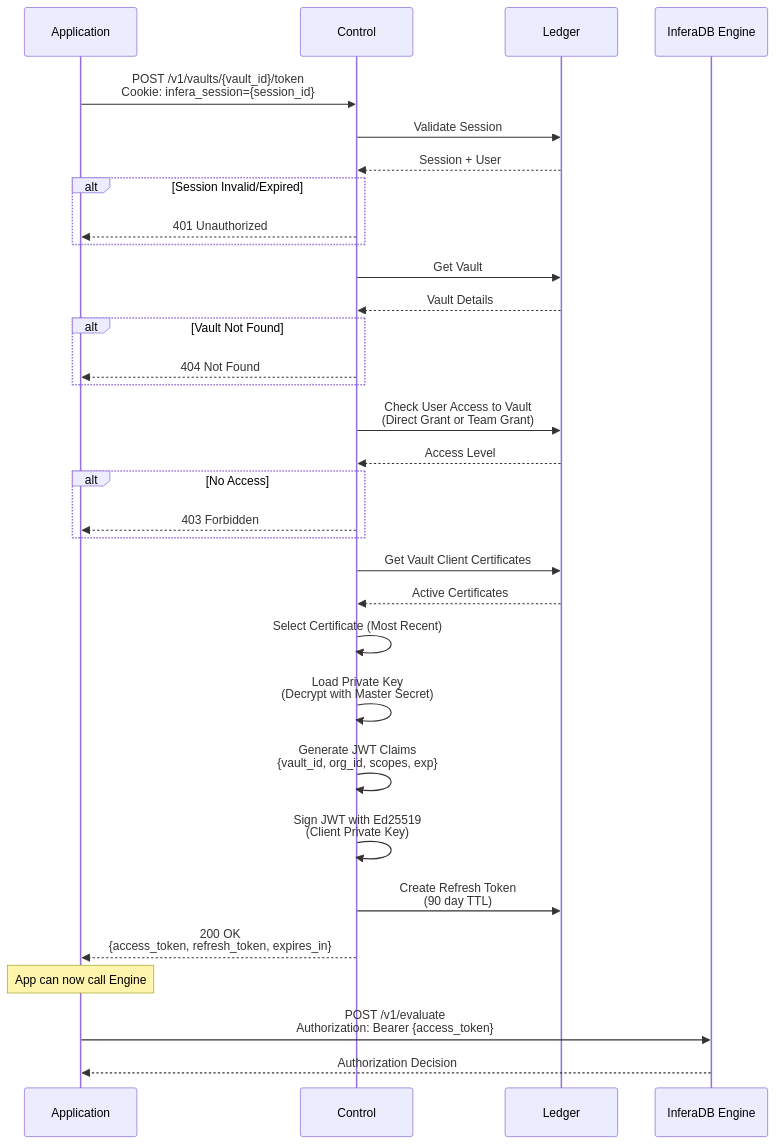
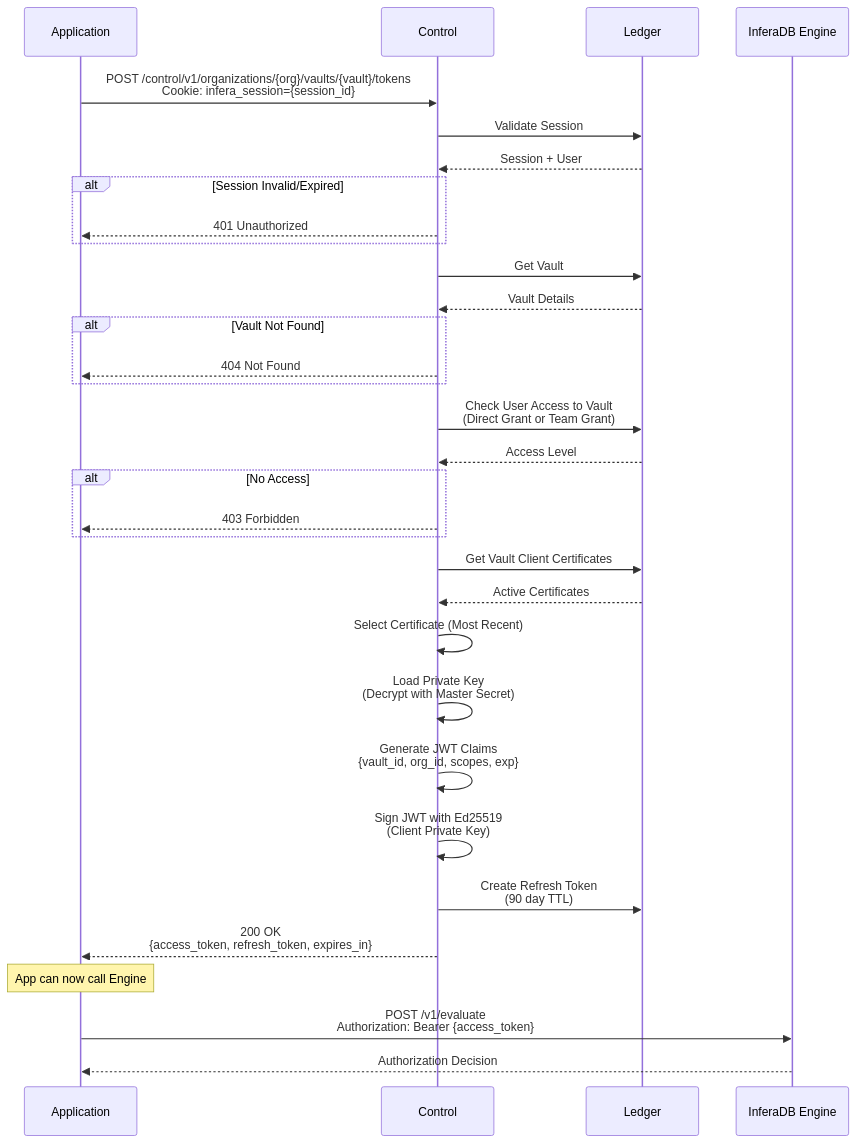
The third of 14 diagrams in docs/flows.md (inferadb/control), drawn with Mermaid before and after one commit. The commit also changed other lines of this file and 49 other files, not shown here.

````diff
--- a/docs/flows.md
+++ b/docs/flows.md
@@ -92,47 +92,47 @@
 ```mermaid
 sequenceDiagram
     participant App as Application
     participant API as Control
     participant DB as Ledger
     participant Engine as InferaDB Engine
 
-    App->>API: POST /v1/vaults/{vault_id}/token<br/>Cookie: infera_session={session_id}
+    App->>API: POST /control/v1/organizations/{org}/vaults/{vault}/tokens<br/>Cookie: infera_session={session_id}
 
     API->>DB: Validate Session
     DB-->>API: Session + User
 
     alt Session Invalid/Expired
         API-->>App: 401 Unauthorized
     end
 
     API->>DB: Get Vault
     DB-->>API: Vault Details
 
     alt Vault Not Found
         API-->>App: 404 Not Found
     end
 
     API->>DB: Check User Access to Vault<br/>(Direct Grant or Team Grant)
     DB-->>API: Access Level
 
     alt No Access
         API-->>App: 403 Forbidden
     end
 
     API->>DB: Get Vault Client Certificates
     DB-->>API: Active Certificates
 
     API->>API: Select Certificate (Most Recent)
     API->>API: Load Private Key<br/>(Decrypt with Master Secret)
 
     API->>API: Generate JWT Claims<br/>{vault_id, org_id, scopes, exp}
     API->>API: Sign JWT with Ed25519<br/>(Client Private Key)
 
     API->>DB: Create Refresh Token<br/>(90 day TTL)
 
     API-->>App: 200 OK<br/>{access_token, refresh_token, expires_in}
 
     Note over App: App can now call Engine
     App->>Engine: POST /v1/evaluate<br/>Authorization: Bearer {access_token}
     Engine-->>App: Authorization Decision
 ```
````
